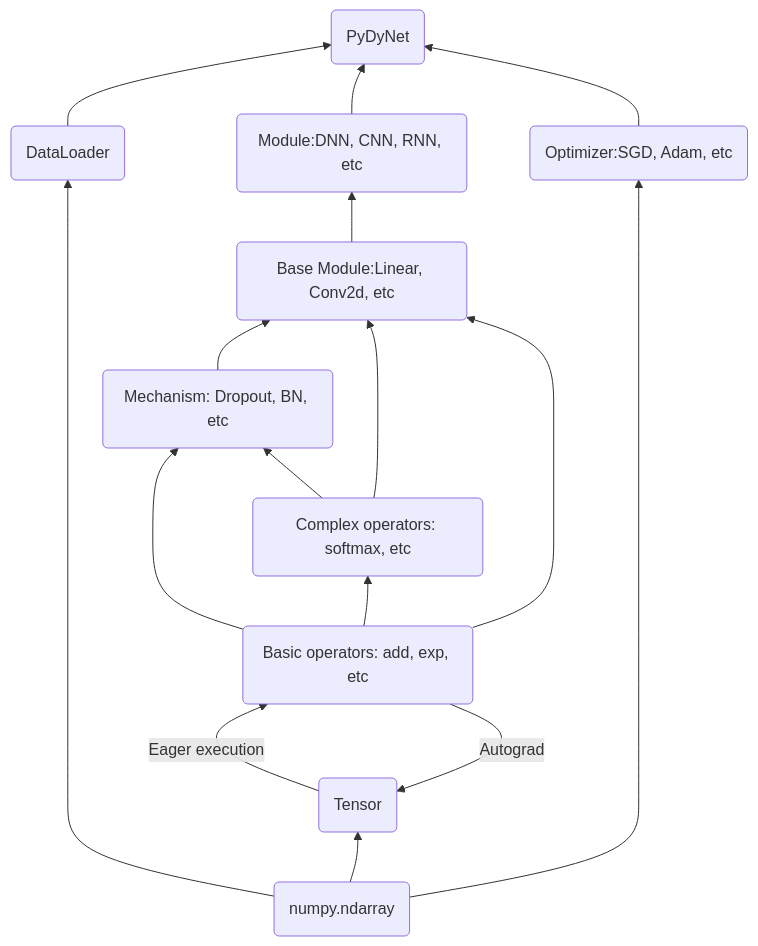
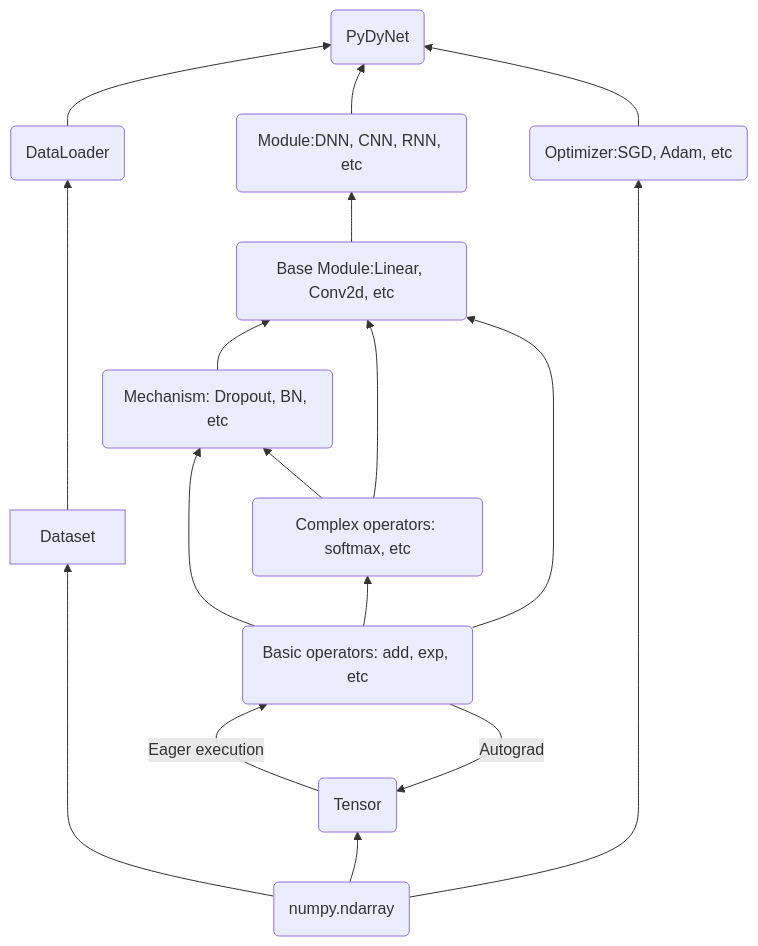
The diagram in README.md (Kaslanarian/PyDyNet), drawn with Mermaid before and after one commit. The commit also changed other lines of this file and 13 other files, not shown here.

````diff
--- a/README.md
+++ b/README.md
@@ -16,18 +18,18 @@
 ```mermaid
 graph BT
-	N ----> Data(DataLoader)
-	N(numpy.ndarray) --> A(Tensor)
-	A --Eager execution--> B(Basic operators: add, exp, etc)
-	B --> E(Mechanism: Dropout, BN, etc)
-	E --> D
-	B --> C(Complex operators: softmax, etc)
-	C --> E
-	B --> D(Base Module:Linear, Conv2d, etc)
-	C --> D
-	B --Autograd--> A
-	N ----> GD(Optimizer:SGD, Adam, etc)
-	D --> M(Module:DNN, CNN, RNN, etc)
-	M --> Mission(PyDyNet)
-	Data --> Mission
-	GD --> Mission
+   N ----> Dataset ----> Data(DataLoader)
+   N(numpy.ndarray) --> A(Tensor)
+   A --Eager execution--> B(Basic operators: add, exp, etc)
+   B --> E(Mechanism: Dropout, BN, etc)
+   E --> D
+   B --> C(Complex operators: softmax, etc)
+   C --> E
+   B --> D(Base Module:Linear, Conv2d, etc)
+   C --> D
+   B --Autograd--> A
+   N ----> GD(Optimizer:SGD, Adam, etc)
+   D --> M(Module:DNN, CNN, RNN, etc)
+   M --> Mission(PyDyNet)
+   Data --> Mission
+   GD --> Mission
 ```
````
